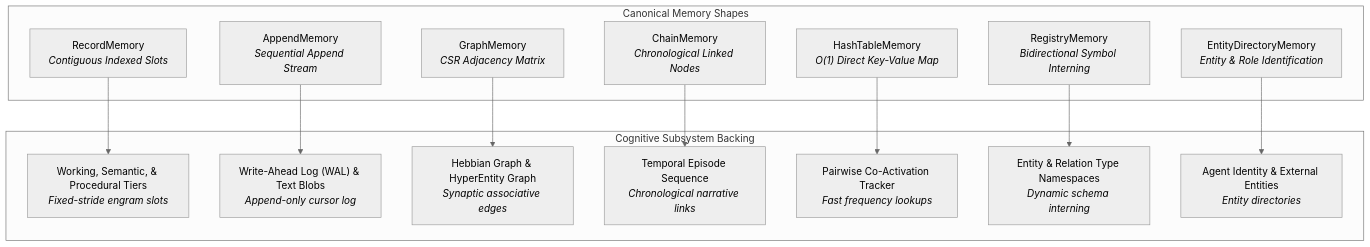
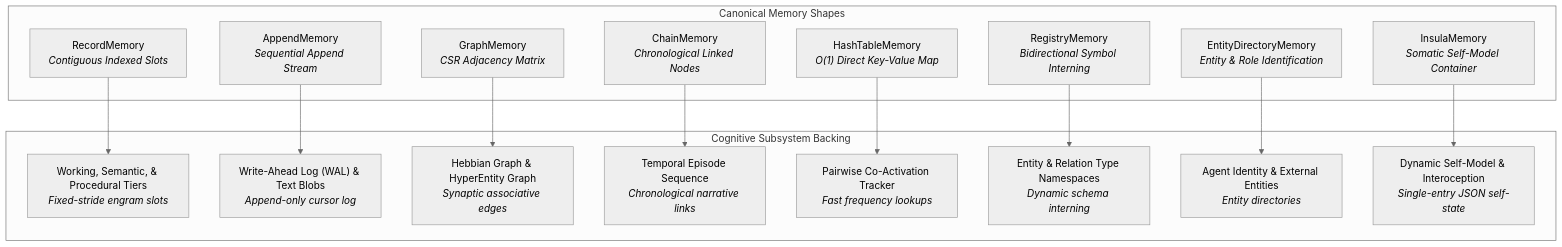
One commit to spectrayan/spector changed the diagram in docs/docs/kernel/shapes.md. Above: the diagram before and after it, drawn with Mermaid (neutral theme). The commit also changed other lines of this file and 6 other files, not shown here.

First line of the commit message:
docs(kernel): document InsulaMemory and decoupled identity plane hierarchy

````diff
--- a/docs/docs/kernel/shapes.md
+++ b/docs/docs/kernel/shapes.md
@@ -20,30 +20,33 @@
 ```mermaid
 graph TD
     subgraph "Canonical Memory Shapes"
         RM["RecordMemory<br/><i>Contiguous Indexed Slots</i>"]
         AM["AppendMemory<br/><i>Sequential Append Stream</i>"]
         GM["GraphMemory<br/><i>CSR Adjacency Matrix</i>"]
         CM["ChainMemory<br/><i>Chronological Linked Nodes</i>"]
         HM["HashTableMemory<br/><i>O(1) Direct Key-Value Map</i>"]
         YM["RegistryMemory<br/><i>Bidirectional Symbol Interning</i>"]
         EM["EntityDirectoryMemory<br/><i>Entity & Role Identification</i>"]
+        IM["InsulaMemory<br/><i>Somatic Self-Model Container</i>"]
     end
 
     subgraph "Cognitive Subsystem Backing"
         T1["Working, Semantic, & Procedural Tiers<br/><i>Fixed-stride engram slots</i>"]
         T2["Write-Ahead Log (WAL) & Text Blobs<br/><i>Append-only cursor log</i>"]
         T3["Hebbian Graph & HyperEntity Graph<br/><i>Synaptic associative edges</i>"]
         T4["Temporal Episode Sequence<br/><i>Chronological narrative links</i>"]
         T5["Pairwise Co-Activation Tracker<br/><i>Fast frequency lookups</i>"]
         T6["Entity & Relation Type Namespaces<br/><i>Dynamic schema interning</i>"]
         T7["Agent Identity & External Entities<br/><i>Entity directories</i>"]
+        T8["Dynamic Self-Model & Interoception<br/><i>Single-entry JSON self-state</i>"]
     end
 
     RM --> T1
     AM --> T2
     GM --> T3
     CM --> T4
     HM --> T5
     YM --> T6
     EM --> T7
+    IM --> T8
 ```
````
